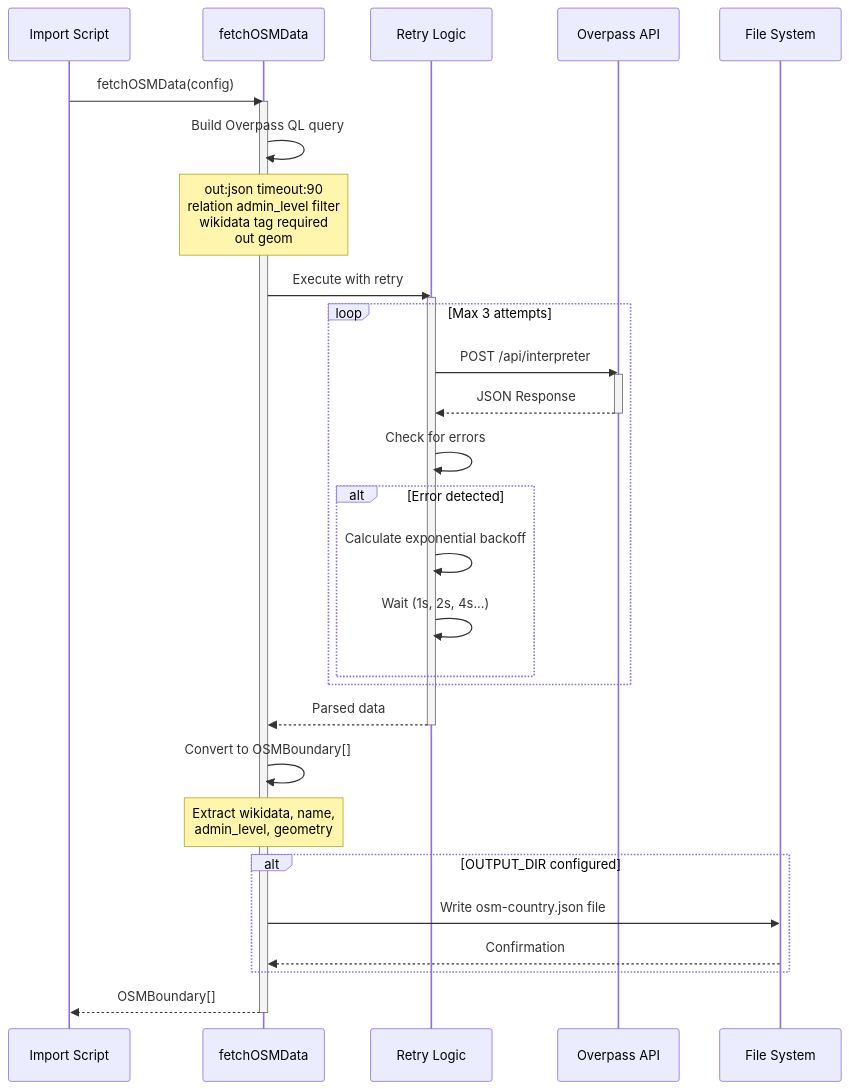
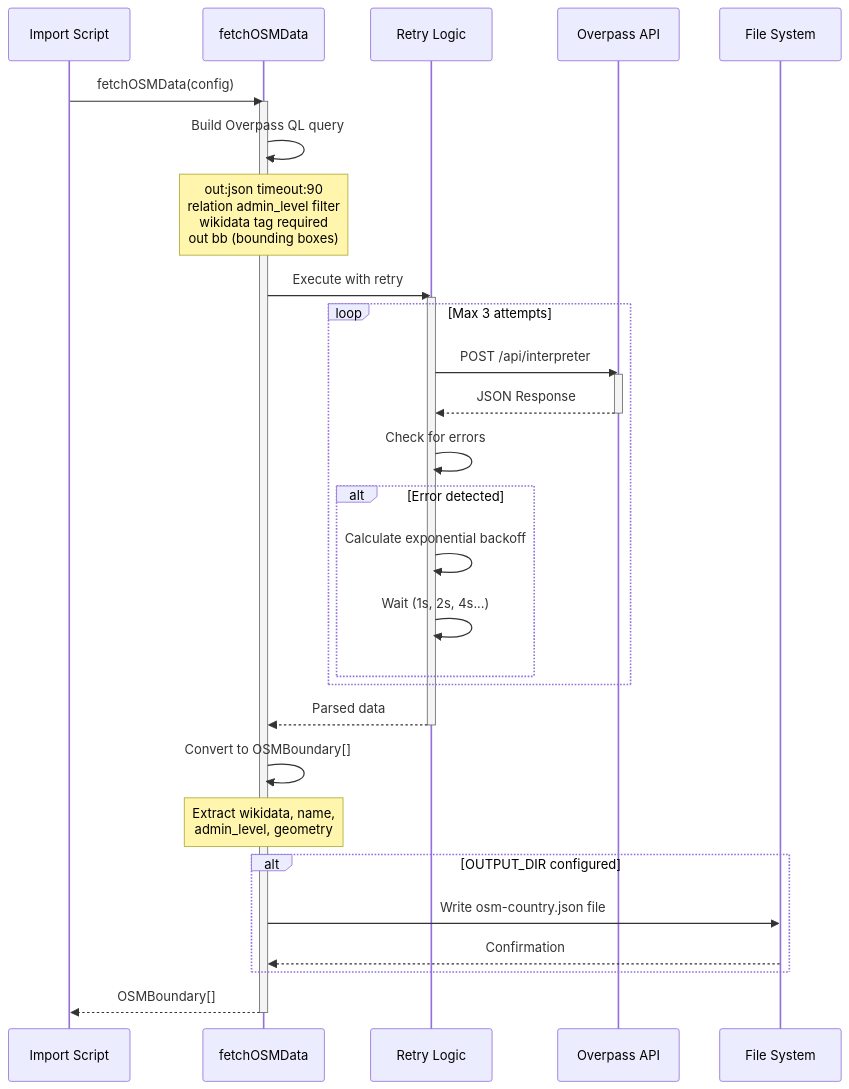
One commit to DaxServer/geocode-commons-categories changed the third of 12 diagrams in docs/import/data-flow.md. Above: the diagram before and after it, drawn with Mermaid. The commit also changed other lines of this file and 9 other files, not shown here.

````diff
--- a/docs/import/data-flow.md
+++ b/docs/import/data-flow.md
@@ -166,44 +166,44 @@
 ```mermaid
 sequenceDiagram
     participant Script as Import Script
     participant Fetch as fetchOSMData
     participant Retry as Retry Logic
     participant Overpass as Overpass API
     participant File as File System
 
     Script->>Fetch: fetchOSMData(config)
     activate Fetch
 
     Fetch->>Fetch: Build Overpass QL query
-    Note over Fetch: out:json timeout:90<br/>relation admin_level filter<br/>wikidata tag required<br/>out geom
+    Note over Fetch: out:json timeout:90<br/>relation admin_level filter<br/>wikidata tag required<br/>out bb (bounding boxes)
 
     Fetch->>Retry: Execute with retry
     activate Retry
 
     loop Max 3 attempts
         Retry->>Overpass: POST /api/interpreter
         activate Overpass
         Overpass-->>Retry: JSON Response
         deactivate Overpass
 
         Retry->>Retry: Check for errors
         alt Error detected
             Retry->>Retry: Calculate exponential backoff
             Retry->>Retry: Wait (1s, 2s, 4s...)
         end
     end
 
     Retry-->>Fetch: Parsed data
     deactivate Retry
 
     Fetch->>Fetch: Convert to OSMBoundary[]
     Note over Fetch: Extract wikidata, name,<br/>admin_level, geometry
 
     alt OUTPUT_DIR configured
         Fetch->>File: Write osm-country.json file
         File-->>Fetch: Confirmation
     end
 
     Fetch-->>Script: OSMBoundary[]
     deactivate Fetch
 ```
````
